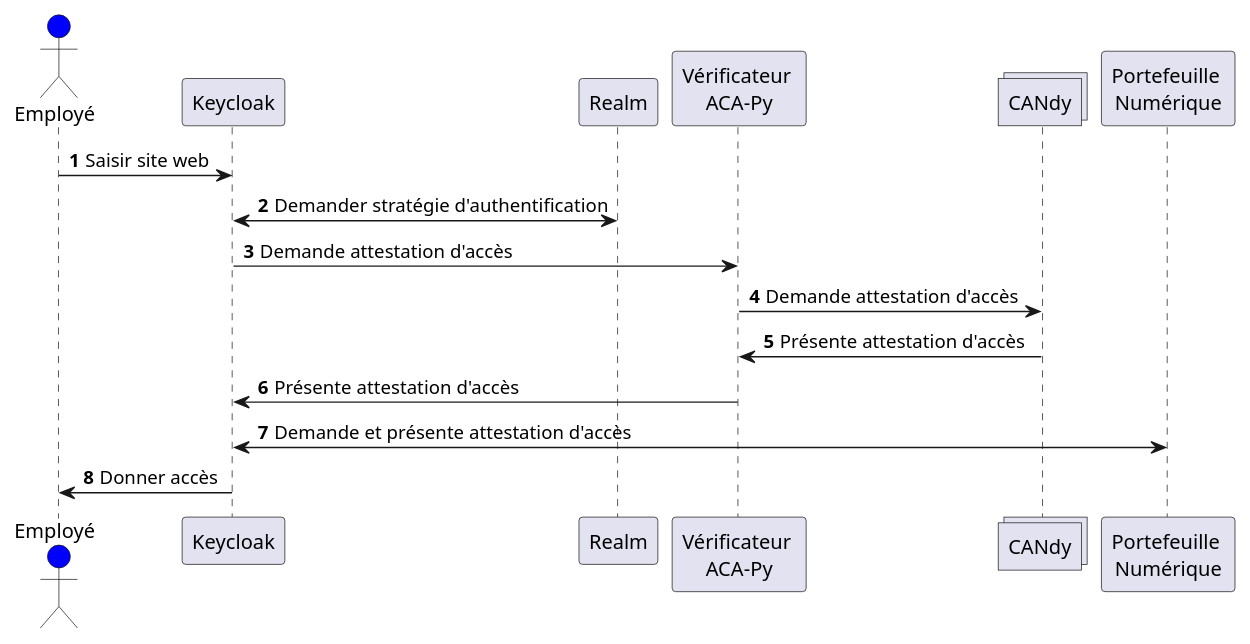
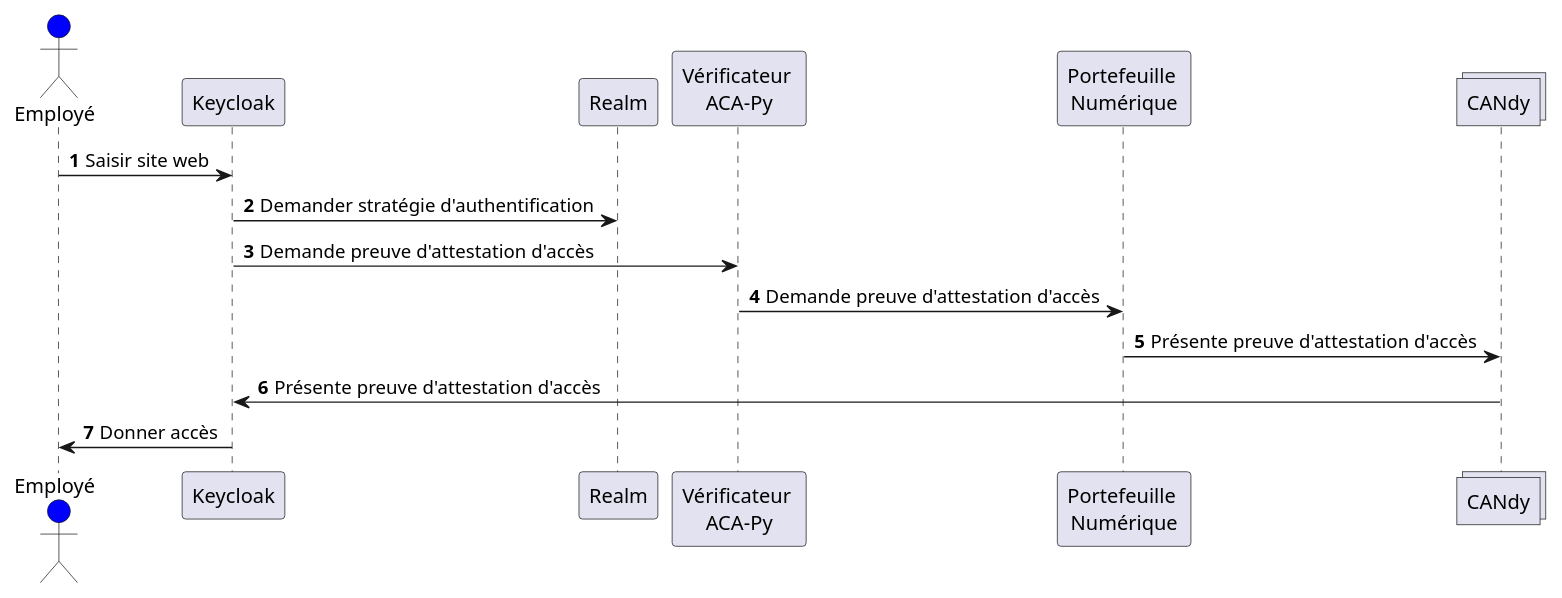
The diagram in doc/SchemaSeqConsomVirtuel.puml (CQEN-QDCE/exp-attestation-emploie-acces), drawn with PlantUML before and after one commit. The commit also changed 3 other files, not shown here.

```diff
--- a/doc/SchemaSeqConsomVirtuel.puml
+++ b/doc/SchemaSeqConsomVirtuel.puml
@@ -1,25 +1,25 @@
 @startuml SchemaConsommteurVirtuel
 autonumber
 
 '*************
 'Déclaration de participants
 '*************
 actor Employé as Employee #Blue
 participant Keycloak
 participant Realm
 participant "Vérificateur \nACA-Py" as ACAPY   
+participant  "Portefeuille \nNumérique" as Wallet
 collections CANdy
-participant  "Portefeuille \nNumérique" as Wallet    
+    
 
 '**************
 'DÉFINITION DES LIENS
 '**************
 Employee -> Keycloak : Saisir site web
-Keycloak <-> Realm : Demander stratégie d'authentification
-Keycloak -> ACAPY : Demande attestation d'accès
-ACAPY -> CANdy : Demande attestation d'accès
-CANdy -> ACAPY : Présente attestation d'accès
-ACAPY -> Keycloak : Présente attestation d'accès
-Keycloak <-> Wallet : Demande et présente attestation d'accès 
+Keycloak -> Realm : Demander stratégie d'authentification
+Keycloak -> ACAPY : Demande preuve d'attestation d'accès
+ACAPY -> Wallet : Demande preuve d'attestation d'accès
+Wallet -> CANdy : Présente preuve d'attestation d'accès
+CANdy -> Keycloak : Présente preuve d'attestation d'accès
 Keycloak -> Employee : Donner accès
 @enduml
```
